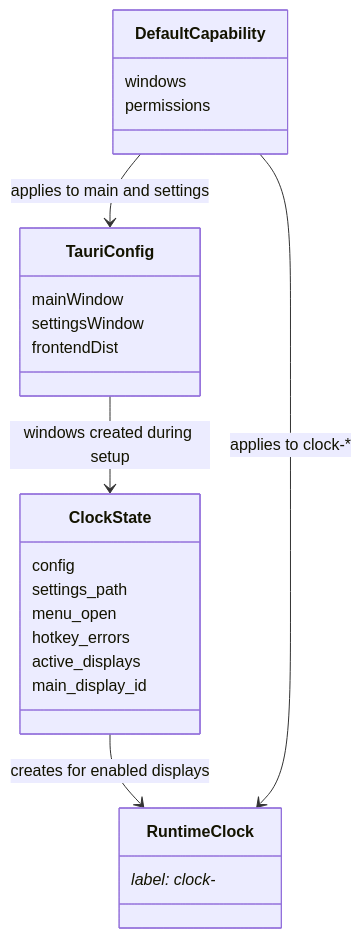
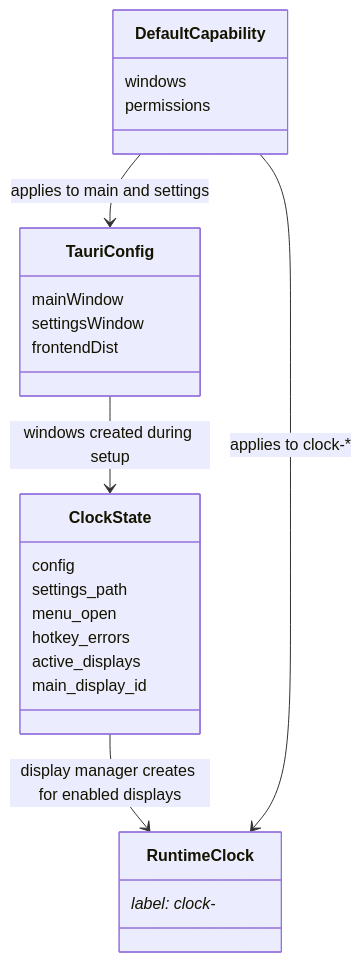
The first of 2 diagrams in src-tauri/doc/workflow_diagram.md (tbkmax/TopClock), drawn with Mermaid before and after one commit. The commit also changed other lines of this file and 19 other files, not shown here.

````diff
--- a/src-tauri/doc/workflow_diagram.md
+++ b/src-tauri/doc/workflow_diagram.md
@@ -5,27 +5,27 @@
 ```mermaid
 classDiagram
     class TauriConfig {
       mainWindow
       settingsWindow
       frontendDist
     }
     class ClockState {
       config
       settings_path
       menu_open
       hotkey_errors
       active_displays
       main_display_id
     }
     class DefaultCapability {
       windows
       permissions
     }
     class RuntimeClock {
       label: clock-*
     }
     TauriConfig --> ClockState : windows created during setup
-    ClockState --> RuntimeClock : creates for enabled displays
+    ClockState --> RuntimeClock : display manager creates for enabled displays
     DefaultCapability --> TauriConfig : applies to main and settings
     DefaultCapability --> RuntimeClock : applies to clock-*
 ```
````
